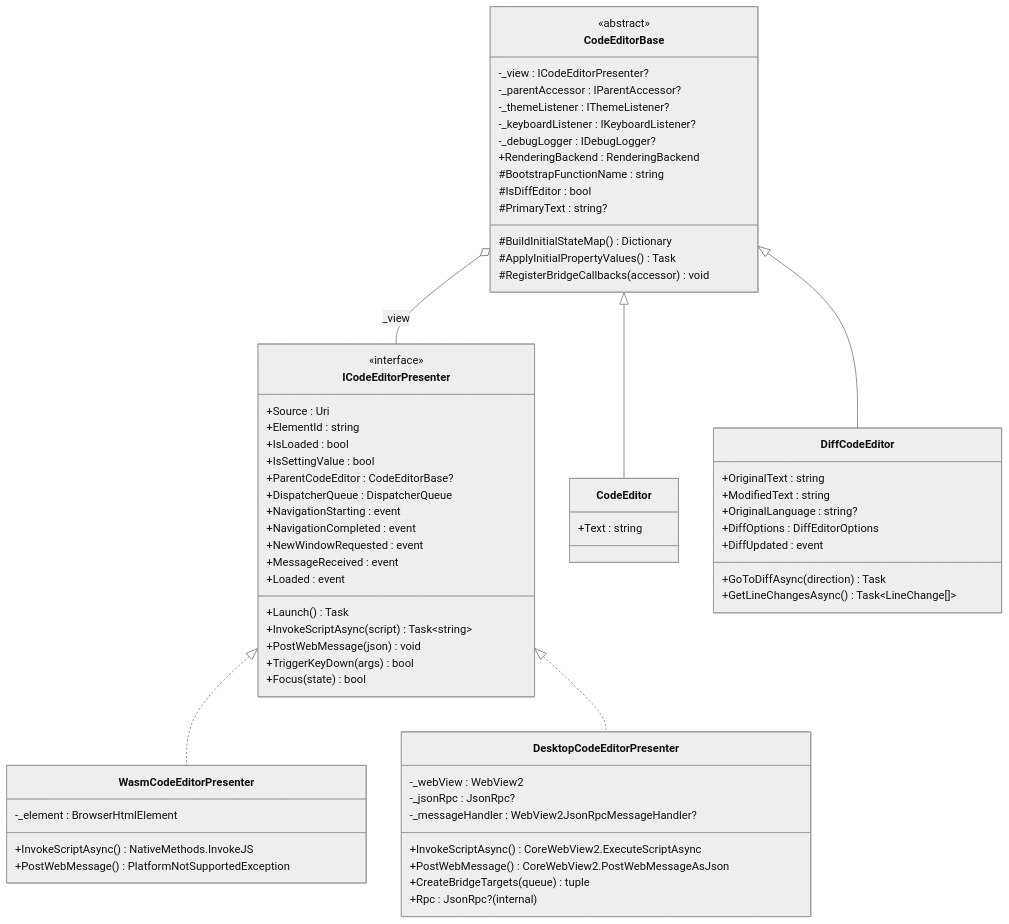
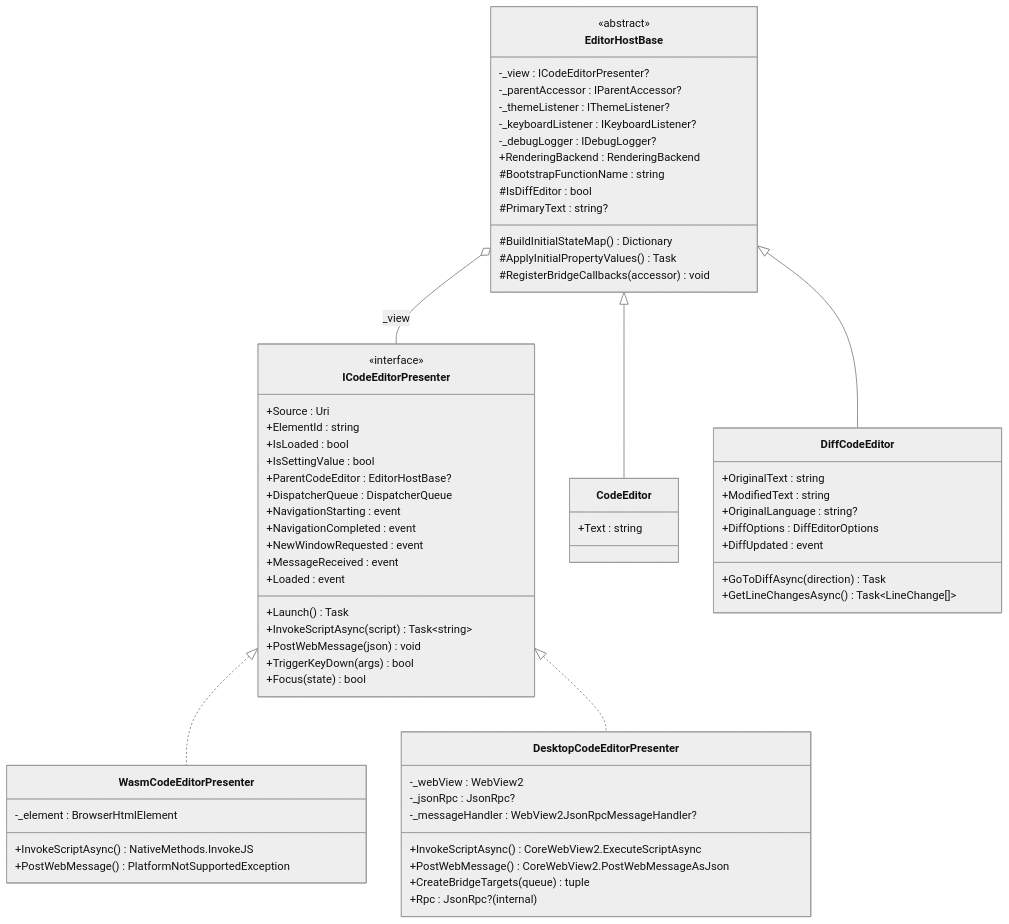
Before and after one commit to unoplatform/uno.monaco.editor: the seventh of 9 diagrams in docs/architecture.md, drawn with Mermaid (neutral theme). The commit also changed other lines of this file and 28 other files, not shown here.

First line of the commit message:
refactor: rename CodeEditorBase to EditorHostBase

````diff
--- a/docs/architecture.md
+++ b/docs/architecture.md
@@ -220,74 +220,74 @@
 ```mermaid
 classDiagram
     class ICodeEditorPresenter {
         <<interface>>
         +Source : Uri
         +ElementId : string
         +IsLoaded : bool
         +IsSettingValue : bool
-        +ParentCodeEditor : CodeEditorBase?
+        +ParentCodeEditor : EditorHostBase?
         +DispatcherQueue : DispatcherQueue
         +Launch() Task
         +InvokeScriptAsync(script) Task~string~
         +PostWebMessage(json) void
         +TriggerKeyDown(args) bool
         +Focus(state) bool
         +NavigationStarting : event
         +NavigationCompleted : event
         +NewWindowRequested : event
         +MessageReceived : event
         +Loaded : event
     }
 
     class WasmCodeEditorPresenter {
         -_element : BrowserHtmlElement
         +InvokeScriptAsync() NativeMethods.InvokeJS
         +PostWebMessage() PlatformNotSupportedException
     }
 
     class DesktopCodeEditorPresenter {
         -_webView : WebView2
         -_jsonRpc : JsonRpc?
         -_messageHandler : WebView2JsonRpcMessageHandler?
         +InvokeScriptAsync() CoreWebView2.ExecuteScriptAsync
         +PostWebMessage() CoreWebView2.PostWebMessageAsJson
         +CreateBridgeTargets(queue) tuple
         +Rpc : JsonRpc? (internal)
     }
 
-    class CodeEditorBase {
+    class EditorHostBase {
         <<abstract>>
         -_view : ICodeEditorPresenter?
         -_parentAccessor : IParentAccessor?
         -_themeListener : IThemeListener?
         -_keyboardListener : IKeyboardListener?
         -_debugLogger : IDebugLogger?
         +RenderingBackend : RenderingBackend
         #BootstrapFunctionName : string
         #IsDiffEditor : bool
         #PrimaryText : string?
         #BuildInitialStateMap() Dictionary
         #ApplyInitialPropertyValues() Task
         #RegisterBridgeCallbacks(accessor) void
     }
 
     class CodeEditor {
         +Text : string
     }
 
     class DiffCodeEditor {
         +OriginalText : string
         +ModifiedText : string
         +OriginalLanguage : string?
         +DiffOptions : DiffEditorOptions
         +DiffUpdated : event
         +GoToDiffAsync(direction) Task
         +GetLineChangesAsync() Task~LineChange[]~
     }
 
     ICodeEditorPresenter <|.. WasmCodeEditorPresenter
     ICodeEditorPresenter <|.. DesktopCodeEditorPresenter
-    CodeEditorBase <|-- CodeEditor
-    CodeEditorBase <|-- DiffCodeEditor
-    CodeEditorBase o-- ICodeEditorPresenter : _view
+    EditorHostBase <|-- CodeEditor
+    EditorHostBase <|-- DiffCodeEditor
+    EditorHostBase o-- ICodeEditorPresenter : _view
 ```
````
